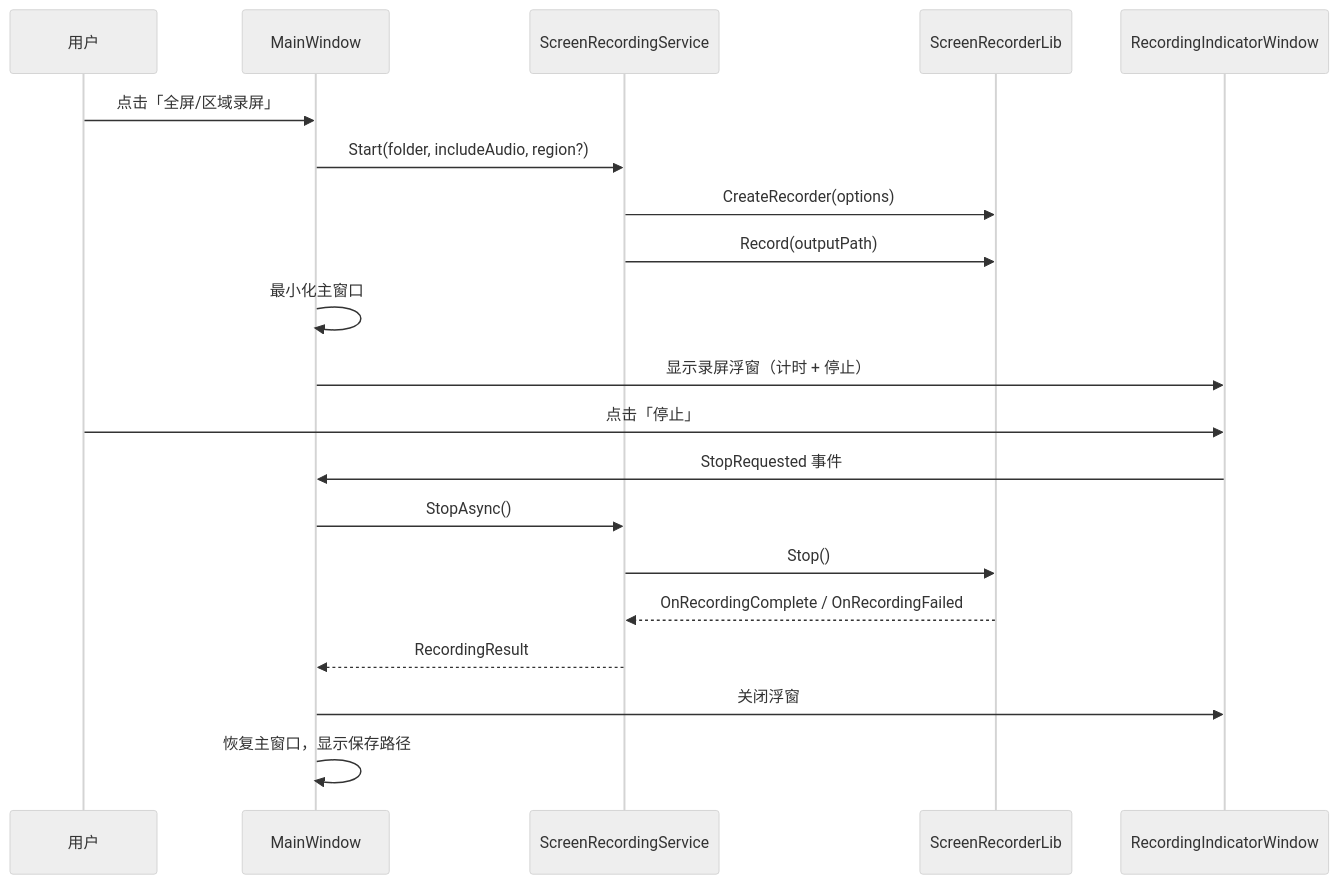
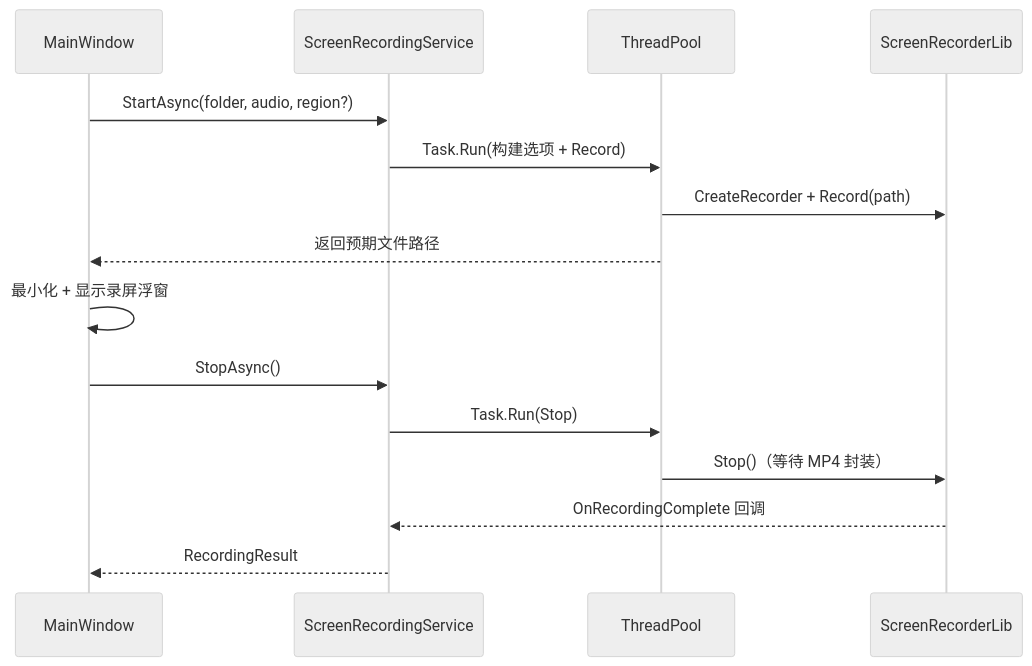
One commit to jiangmaohua-suzhou/Screenshots changed the fourth of 4 diagrams in 技术说明.md. Above: the diagram before and after it, drawn with Mermaid (neutral theme). The commit also changed other lines of this file and 11 other files, not shown here.

````diff
--- a/技术说明.md
+++ b/技术说明.md
@@ -226,24 +300,19 @@
 ```mermaid
 sequenceDiagram
-    participant User as 用户
-    participant MW as MainWindow
+    participant UI as MainWindow
     participant SRS as ScreenRecordingService
+    participant TP as ThreadPool
     participant Lib as ScreenRecorderLib
-    participant RI as RecordingIndicatorWindow
 
-    User->>MW: 点击「全屏/区域录屏」
-    MW->>SRS: Start(folder, includeAudio, region?)
-    SRS->>Lib: CreateRecorder(options)
-    SRS->>Lib: Record(outputPath)
-    MW->>MW: 最小化主窗口
-    MW->>RI: 显示录屏浮窗（计时 + 停止）
+    UI->>SRS: StartAsync(folder, audio, region?)
+    SRS->>TP: Task.Run(构建选项 + Record)
+    TP->>Lib: CreateRecorder + Record(path)
+    TP-->>UI: 返回预期文件路径
+    UI->>UI: 最小化 + 显示录屏浮窗
 
-    User->>RI: 点击「停止」
-    RI->>MW: StopRequested 事件
-    MW->>SRS: StopAsync()
-    SRS->>Lib: Stop()
-    Lib-->>SRS: OnRecordingComplete / OnRecordingFailed
-    SRS-->>MW: RecordingResult
-    MW->>RI: 关闭浮窗
-    MW->>MW: 恢复主窗口，显示保存路径
+    UI->>SRS: StopAsync()
+    SRS->>TP: Task.Run(Stop)
+    TP->>Lib: Stop()（等待 MP4 封装）
+    Lib-->>SRS: OnRecordingComplete 回调
+    SRS-->>UI: RecordingResult
 ```
````
